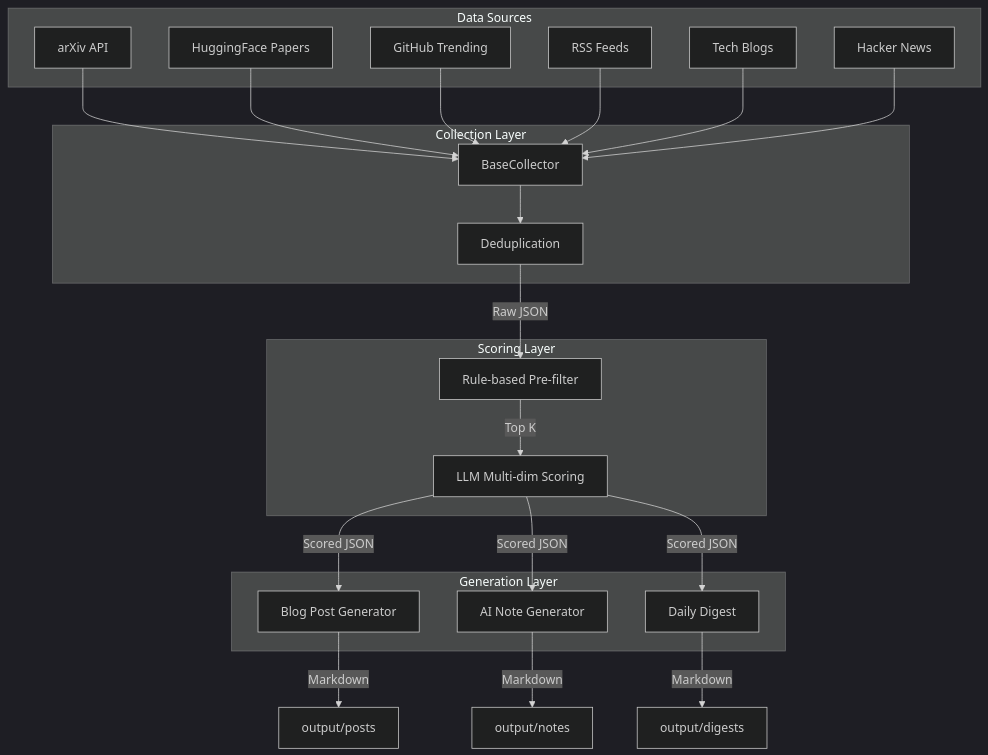
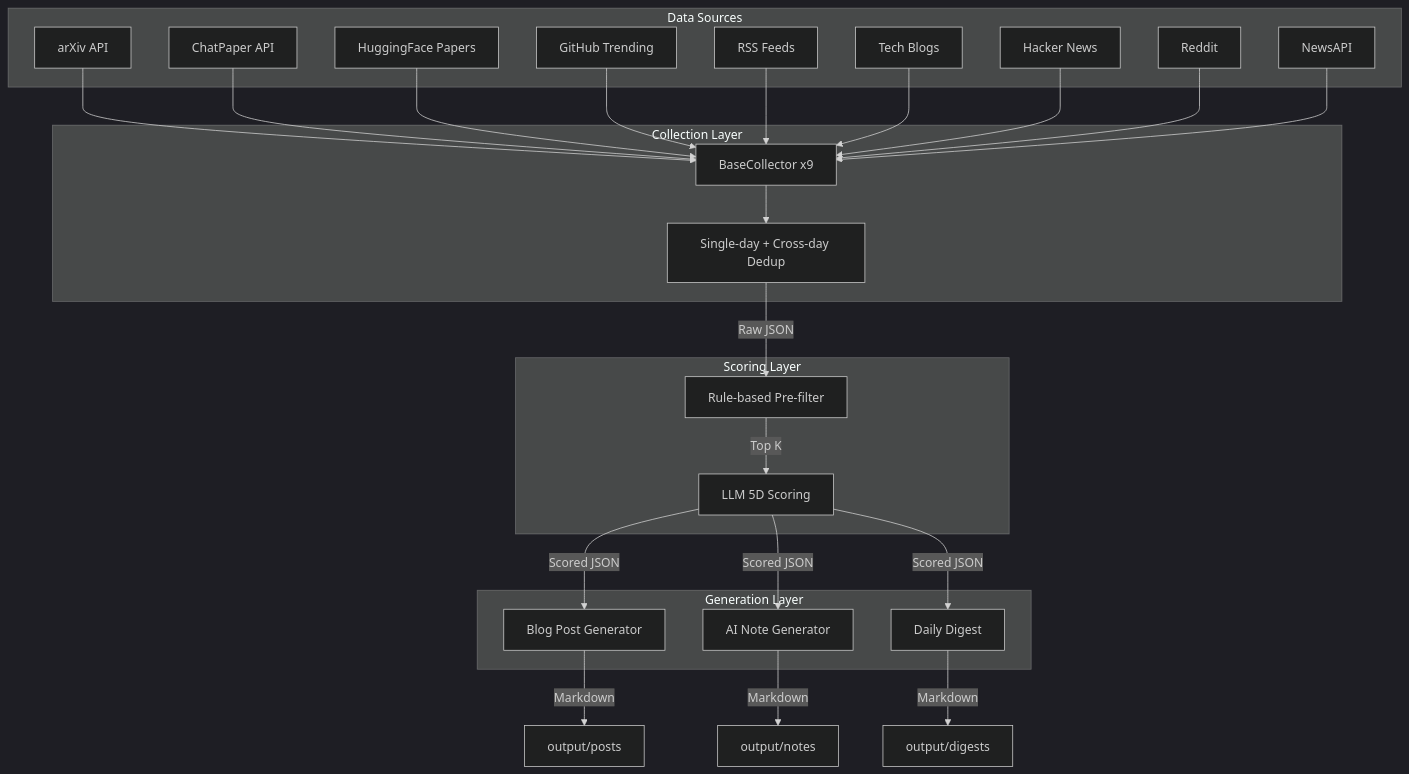
The diagram in README.md (yifor01/auto_blog), drawn with Mermaid (dark theme) before and after one commit. The commit also changed other lines of this file, not shown here.

````diff
--- a/README.md
+++ b/README.md
@@ -39,45 +41,51 @@
 ```mermaid
 graph TD;
     subgraph Data Sources
         Arxiv[arXiv API]
+        CP[ChatPaper API]
         HF[HuggingFace Papers]
         GH[GitHub Trending]
         RSS[RSS Feeds]
         Blog[Tech Blogs]
         HN[Hacker News]
+        Reddit[Reddit]
+        News[NewsAPI]
     end
 
     subgraph Collection Layer
-        Collect[BaseCollector]
-        Dedup[Deduplication]
+        Collect[BaseCollector x9]
+        Dedup[Single-day + Cross-day Dedup]
     end
 
     subgraph Scoring Layer
         RuleEngine[Rule-based Pre-filter]
-        LLMScore[LLM Multi-dim Scoring]
+        LLMScore[LLM 5D Scoring]
     end
 
     subgraph Generation Layer
         PostGen[Blog Post Generator]
         NoteGen[AI Note Generator]
         DigestGen[Daily Digest]
     end
 
     Arxiv --> Collect
+    CP --> Collect
     HF --> Collect
     GH --> Collect
     RSS --> Collect
     Blog --> Collect
     HN --> Collect
+    Reddit --> Collect
+    News --> Collect
 
     Collect --> Dedup
     Dedup --> |Raw JSON| RuleEngine
     RuleEngine --> |Top K| LLMScore
     LLMScore --> |Scored JSON| PostGen
     LLMScore --> |Scored JSON| NoteGen
     LLMScore --> |Scored JSON| DigestGen
 
     PostGen --> |Markdown| output/posts
     NoteGen --> |Markdown| output/notes
     DigestGen --> |Markdown| output/digests
 ```
````
